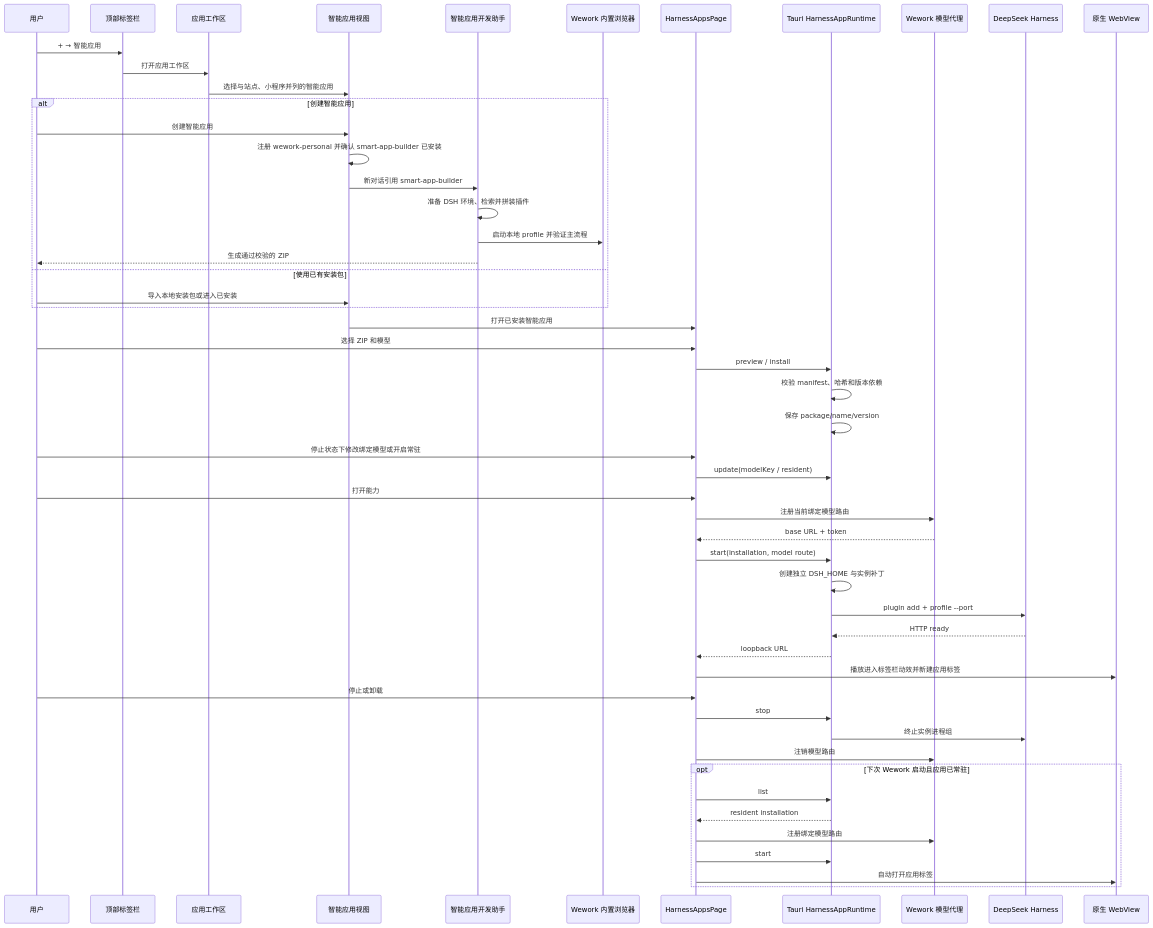
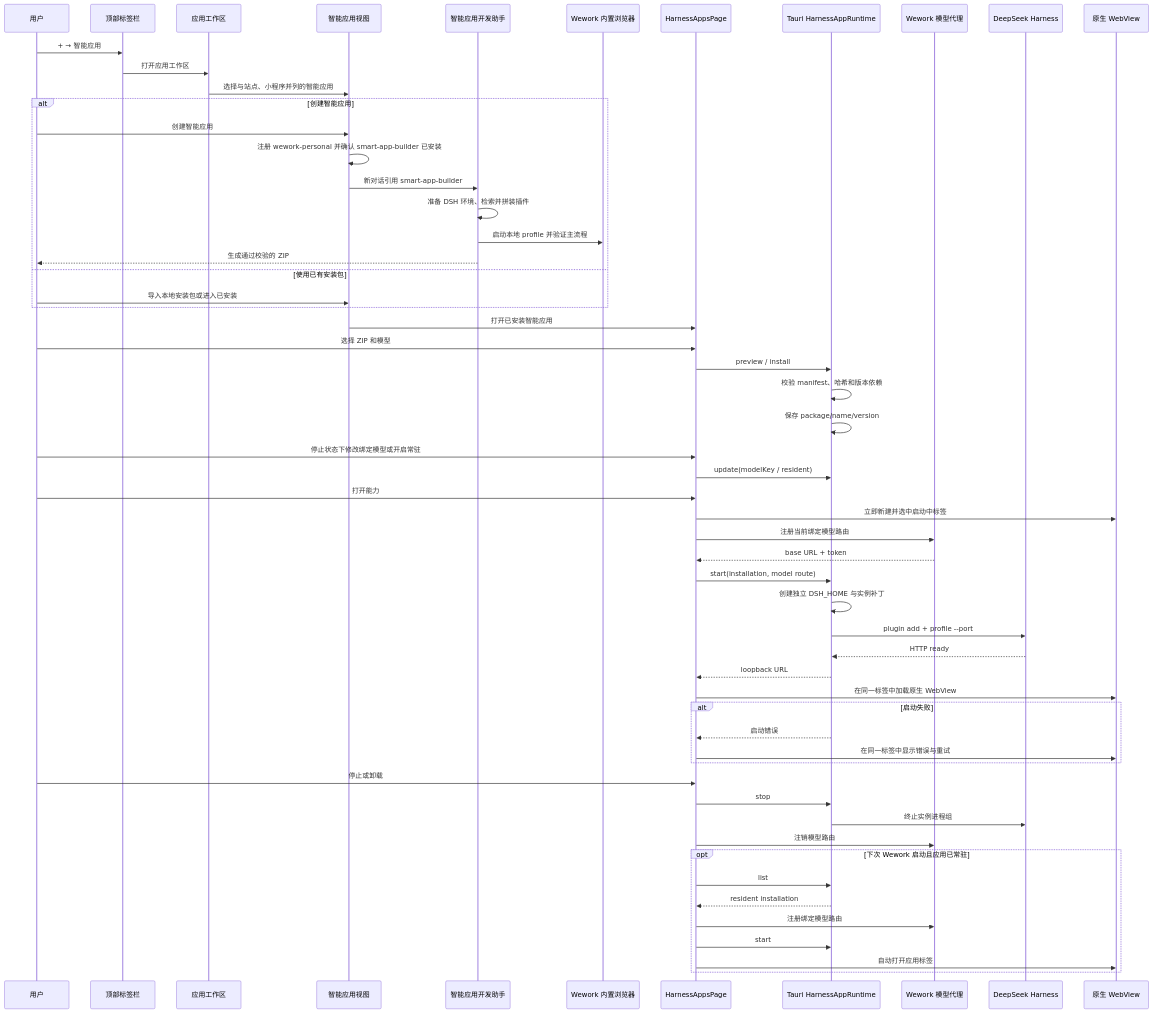
One commit to wecode-ai/wegent-docs changed the second of 2 diagrams in i18n/zh/docusaurus-plugin-content-docs/current/architecture/deepseek-harness-apps.md. Above: the diagram before and after it, drawn with Mermaid. The commit also changed other lines of this file and 1 other file, not shown here.

````diff
--- a/i18n/zh/docusaurus-plugin-content-docs/current/architecture/deepseek-harness-apps.md
+++ b/i18n/zh/docusaurus-plugin-content-docs/current/architecture/deepseek-harness-apps.md
@@ -48,56 +55,61 @@
 ```mermaid
 sequenceDiagram
     participant U as 用户
     participant C as 顶部标签栏
     participant A as 应用工作区
     participant M as 智能应用视图
     participant B as 智能应用开发助手
     participant WB as Wework 内置浏览器
     participant UI as HarnessAppsPage
     participant T as Tauri HarnessAppRuntime
     participant P as Wework 模型代理
     participant D as DeepSeek Harness
     participant W as 原生 WebView
 
     U->>C: + → 智能应用
     C->>A: 打开应用工作区
     A->>M: 选择与站点、小程序并列的智能应用
     alt 创建智能应用
         U->>M: 创建智能应用
         M->>M: 注册 wework-personal 并确认 smart-app-builder 已安装
         M->>B: 新对话引用 smart-app-builder
         B->>B: 准备 DSH 环境、检索并拼装插件
         B->>WB: 启动本地 profile 并验证主流程
         B-->>U: 生成通过校验的 ZIP
     else 使用已有安装包
         U->>M: 导入本地安装包或进入已安装
     end
     M->>UI: 打开已安装智能应用
     U->>UI: 选择 ZIP 和模型
     UI->>T: preview / install
     T->>T: 校验 manifest、哈希和版本依赖
     T->>T: 保存 package/name/version
     U->>UI: 停止状态下修改绑定模型或开启常驻
     UI->>T: update(modelKey / resident)
     U->>UI: 打开能力
+    UI->>W: 立即新建并选中启动中标签
     UI->>P: 注册当前绑定模型路由
     P-->>UI: base URL + token
     UI->>T: start(installation, model route)
     T->>T: 创建独立 DSH_HOME 与实例补丁
     T->>D: plugin add + profile --port
     D-->>T: HTTP ready
     T-->>UI: loopback URL
-    UI->>W: 播放进入标签栏动效并新建应用标签
+    UI->>W: 在同一标签中加载原生 WebView
+    alt 启动失败
+        T-->>UI: 启动错误
+        UI->>W: 在同一标签中显示错误与重试
+    end
     U->>UI: 停止或卸载
     UI->>T: stop
     T->>D: 终止实例进程组
     UI->>P: 注销模型路由
 
     opt 下次 Wework 启动且应用已常驻
         UI->>T: list
         T-->>UI: resident installation
         UI->>P: 注册绑定模型路由
         UI->>T: start
         UI->>W: 自动打开应用标签
     end
 ```
````
